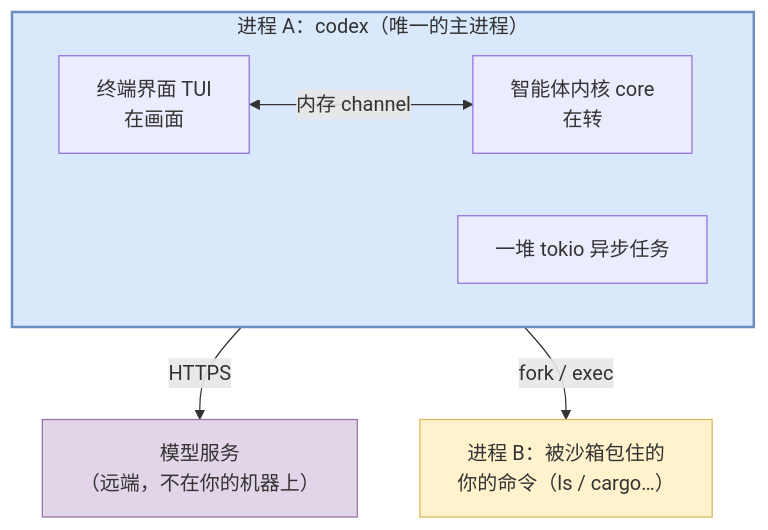
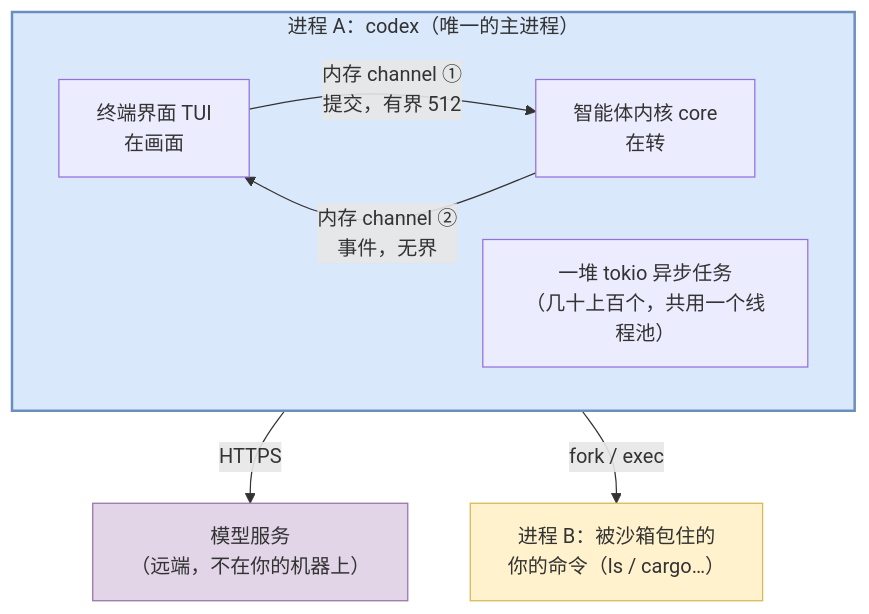
Before and after one commit to zibuyu2015831/codex: the first of 2 diagrams in dev_docs/learn/01-coordinates.md, drawn with Mermaid. The commit also changed other lines of this file and 7 other files, not shown here.

````diff
--- a/dev_docs/learn/01-coordinates.md
+++ b/dev_docs/learn/01-coordinates.md
@@ -33,16 +41,17 @@
 ```mermaid
 graph TD
     subgraph A["进程 A：codex（唯一的主进程）"]
       TUI["终端界面 TUI<br/>在画面"]
       CORE["智能体内核 core<br/>在转"]
-      TOKIO["一堆 tokio 异步任务"]
-      TUI <-->|"内存 channel"| CORE
+      TOKIO["一堆 tokio 异步任务<br/>（几十上百个，共用一个线程池）"]
+      TUI -->|"内存 channel ①<br/>提交，有界 512"| CORE
+      CORE -->|"内存 channel ②<br/>事件，无界"| TUI
     end
 
     A -->|"HTTPS"| MODEL["模型服务<br/>（远端，不在你的机器上）"]
     A -->|"fork / exec"| B["进程 B：被沙箱包住的<br/>你的命令（ls / cargo…）"]
 
     style A fill:#dae8fc,stroke:#6c8ebf,stroke-width:2px
     style MODEL fill:#e1d5e7,stroke:#9673a6
     style B fill:#fff2cc,stroke:#d6b656
 ```
````
